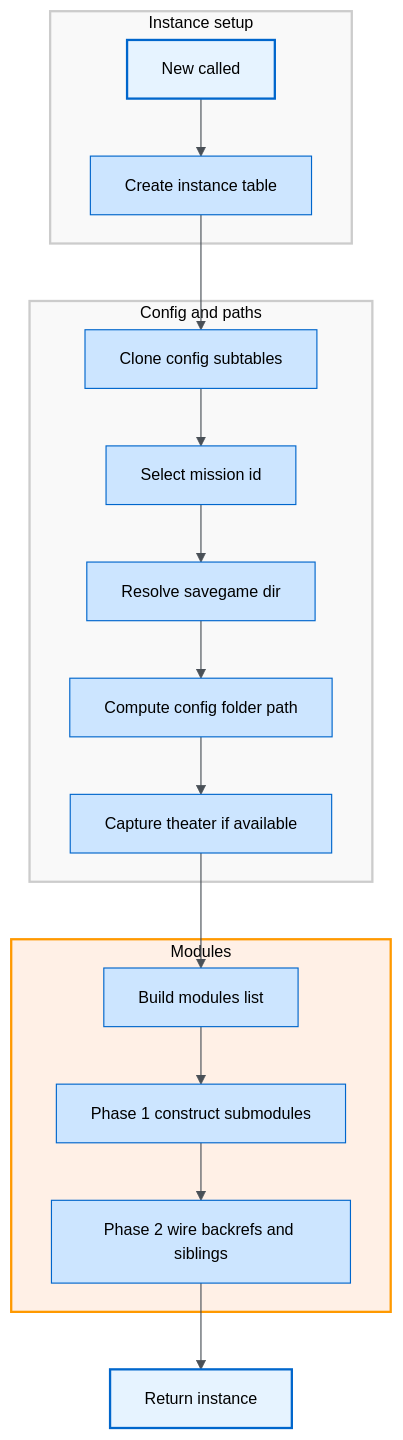
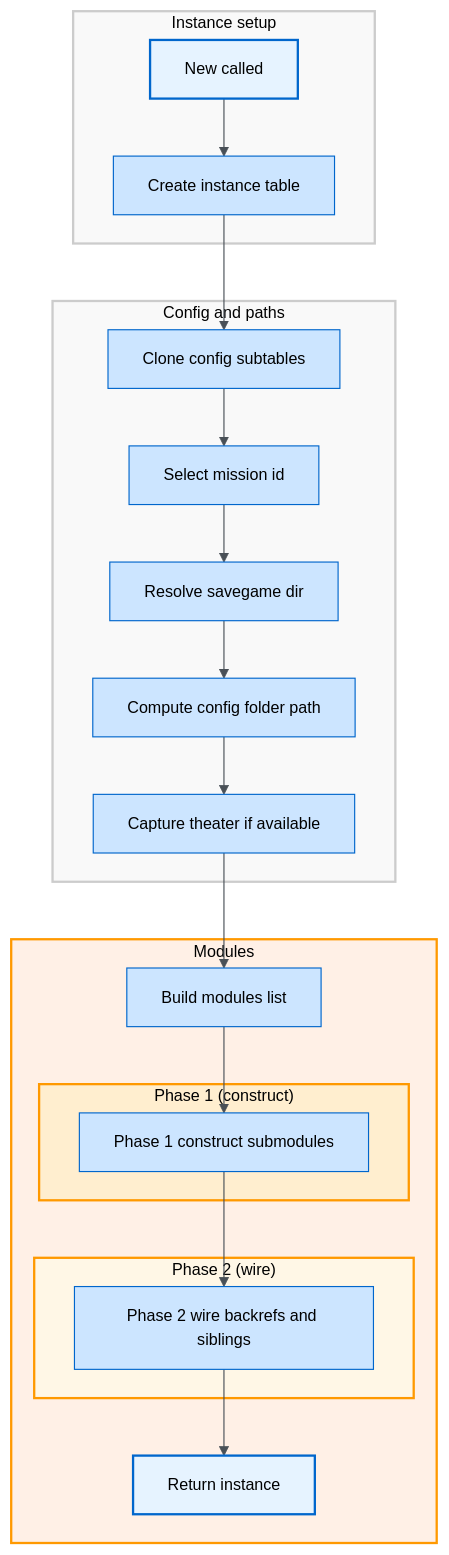
Before and after one commit to Gh0st352/AETHR: the first of 2 diagrams in docs/aethr/instance_creation.md, drawn with Mermaid. The commit also changed other lines of this file and 6 other files, not shown here.

First line of the commit message:
Refactor documentation with enhanced flowcharts and sequence diagrams

````diff
--- a/docs/aethr/instance_creation.md
+++ b/docs/aethr/instance_creation.md
@@ -19,48 +19,59 @@
 ```mermaid
-%%{init: {"theme": "base", "themeVariables": {"primaryColor":"#e6f3ff","primaryBorderColor":"#0066cc","primaryTextColor":"#000","lineColor":"#495057","textColor":"#000","fontSize":"14px"}}}%%
+%%{init: {"theme":"base","themeVariables":{"primaryColor":"#e6f3ff","primaryBorderColor":"#0066cc","lineColor":"#495057","textColor":"#e9ecef","fontSize":"14px"}}}%%
 flowchart
   %% Logical groupings
-  subgraph SETUP [Instance setup]
-    N[New called]
-    I[Create instance table]
+  subgraph SETUP ["Instance setup"]
+    N["New called"]
+    I["Create instance table"]
   end
 
-  subgraph CONFIG_PATHS [Config and paths]
-    SC[Clone config subtables]
-    ID[Select mission id]
-    WD[Resolve savegame dir]
-    JP[Compute config folder path]
-    TH[Capture theater if available]
+  subgraph CONFIG_PATHS ["Config and paths"]
+    SC["Clone config subtables"]
+    ID["Select mission id"]
+    WD["Resolve savegame dir"]
+    JP["Compute config folder path"]
+    TH["Capture theater if available"]
   end
 
-  subgraph MODULES [Modules]
-    ML[Build modules list]
-    P1[Phase 1 construct submodules]
-    P2[Phase 2 wire backrefs and siblings]
+  subgraph MODULES ["Modules"]
+    ML["Build modules list"]
+
+    %% Split complex module wiring into two small subgroups
+    subgraph P1GRP ["Phase 1 (construct)"]
+      P1["Phase 1 construct submodules"]
+    end
+
+    subgraph P2GRP ["Phase 2 (wire)"]
+      P2["Phase 2 wire backrefs and siblings"]
+    end
+
+    RT["Return instance"]
   end
 
+  %% Flow (linear for readability)
   N --> I
   I --> SC
   SC --> ID
   ID --> WD
   WD --> JP
   JP --> TH
   TH --> ML
   ML --> P1
   P1 --> P2
-  P2 --> RT[Return instance]
+  P2 --> RT
 
-
-  %% Styles
+  %% Styles (house system)
   classDef core fill:#e6f3ff,stroke:#0066cc,stroke-width:2px,color:#000
   classDef process fill:#cce5ff,stroke:#0066cc,color:#000
 
   %% Apply classes
   class N,RT core
   class I,SC,ID,WD,JP,TH,ML,P1,P2 process
 
   %% Subgraph styles
   style SETUP fill:#f9f9f9,stroke:#ccc,stroke-width:2px
   style CONFIG_PATHS fill:#f9f9f9,stroke:#ccc,stroke-width:2px
   style MODULES fill:#fff0e6,stroke:#ff9900,stroke-width:2px
+  style P1GRP fill:#ffeecf,stroke:#ff9900,stroke-width:2px
+  style P2GRP fill:#fff7e6,stroke:#ff9900,stroke-width:2px
 ```
````
